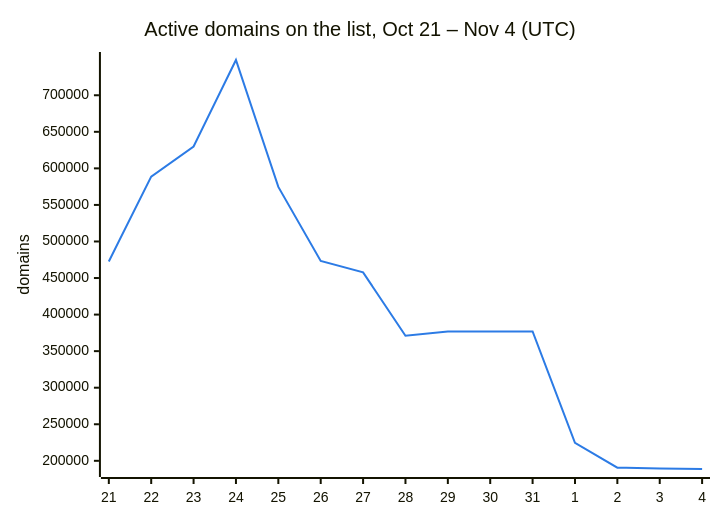
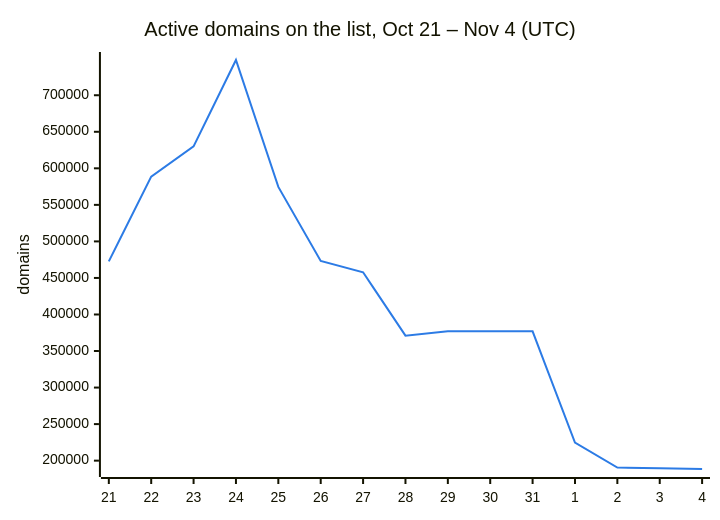
Before and after one commit to DNSBunker/CTI: the second of 3 diagrams in README.md, drawn with Mermaid. The commit also changed other lines of this file and 3 other files, not shown here.

````diff
--- a/README.md
+++ b/README.md
@@ -38,8 +38,8 @@
 ```mermaid
 %%{init: {"themeVariables": {"xyChart": {"plotColorPalette": "#2c7be5"}}}}%%
 xychart-beta
     title "Active domains on the list, Oct 21 – Nov 4 (UTC)"
     x-axis ["21", "22", "23", "24", "25", "26", "27", "28", "29", "30", "31", "1", "2", "3", "4"]
     y-axis "domains"
-    line [472713, 588659, 629951, 748222, 574614, 473331, 457795, 371010, 376945, 376945, 376945, 224607, 190603, 189609, 188799]
+    line [472713, 588659, 629951, 748222, 574614, 473331, 457795, 371010, 376945, 376945, 376945, 224607, 190603, 189609, 188574]
 ```
````
